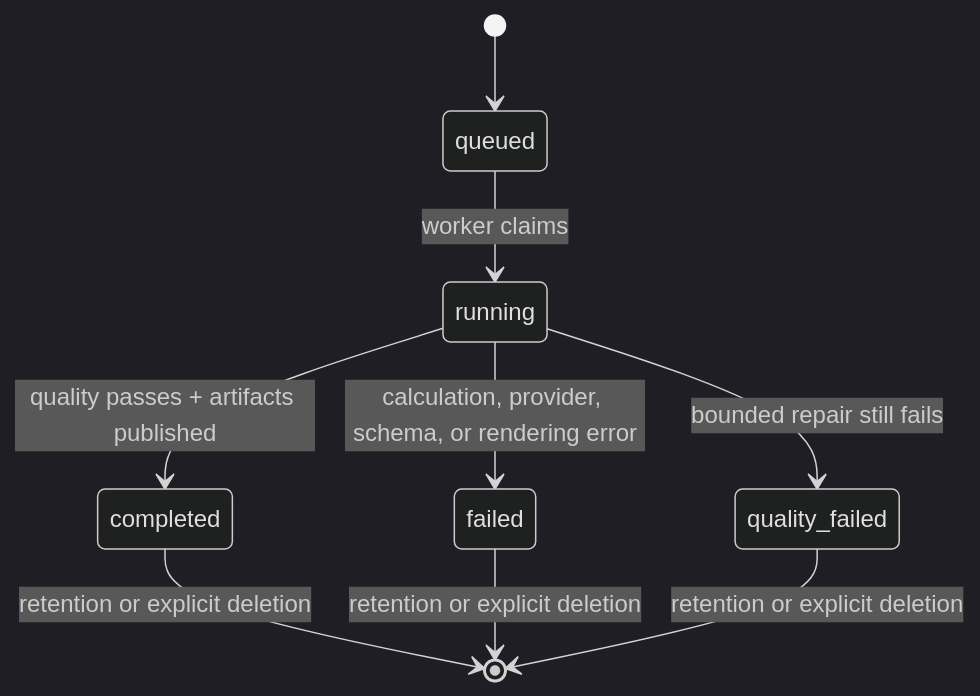
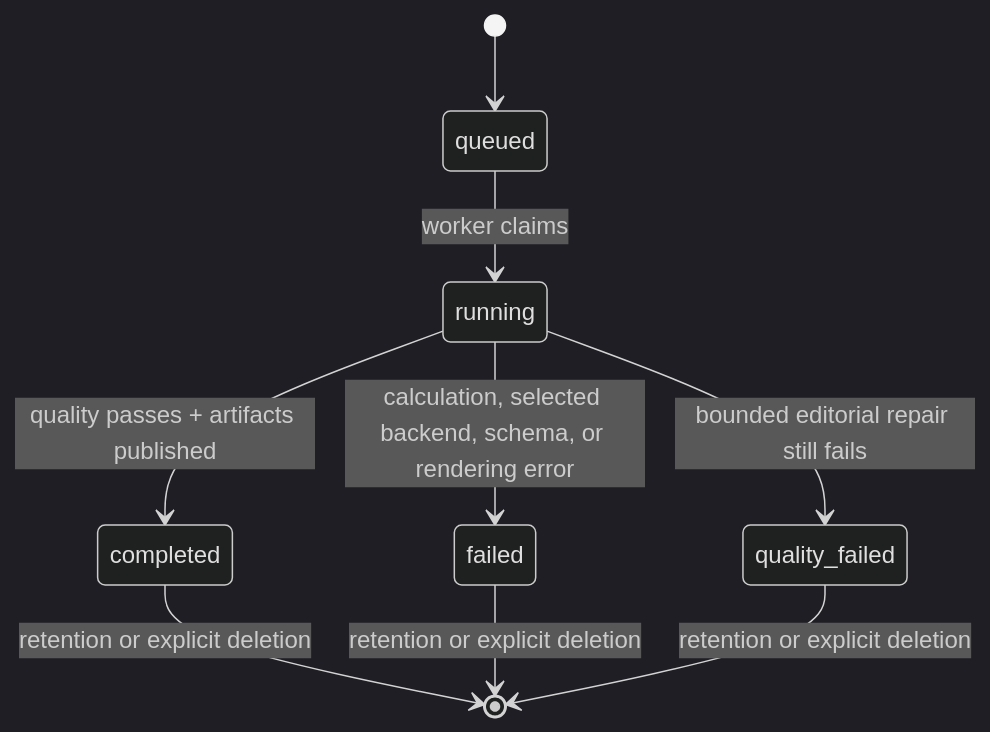
The seventh of 7 diagrams in docs/uml/architecture.md (ContextualWisdomLab/four-pillars), drawn with Mermaid (dark theme) before and after one commit. The commit also changed other lines of this file, not shown here.

````diff
--- a/docs/uml/architecture.md
+++ b/docs/uml/architecture.md
@@ -106,11 +178,11 @@
 ```mermaid
 stateDiagram-v2
   [*] --> queued
   queued --> running: worker claims
   running --> completed: quality passes + artifacts published
-  running --> failed: calculation, provider, schema, or rendering error
-  running --> quality_failed: bounded repair still fails
+  running --> failed: calculation, selected backend, schema, or rendering error
+  running --> quality_failed: bounded editorial repair still fails
   completed --> [*]: retention or explicit deletion
   failed --> [*]: retention or explicit deletion
   quality_failed --> [*]: retention or explicit deletion
 ```
````
